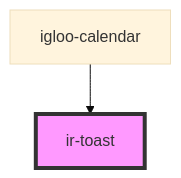
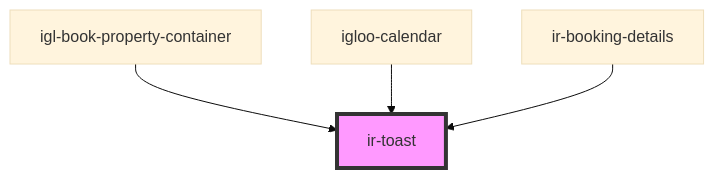
Before and after one commit to David1Chowaifaty/modified-ir-webcmp: the diagram in src/components/ir-toast/readme.md, drawn with Mermaid (base theme). The commit also changed other lines of this file and 28 other files, not shown here.

````diff
--- a/src/components/ir-toast/readme.md
+++ b/src/components/ir-toast/readme.md
@@ -45,5 +24,7 @@
 ```mermaid
 graph TD;
+  igl-book-property-container --> ir-toast
   igloo-calendar --> ir-toast
+  ir-booking-details --> ir-toast
   style ir-toast fill:#f9f,stroke:#333,stroke-width:4px
 ```
````
